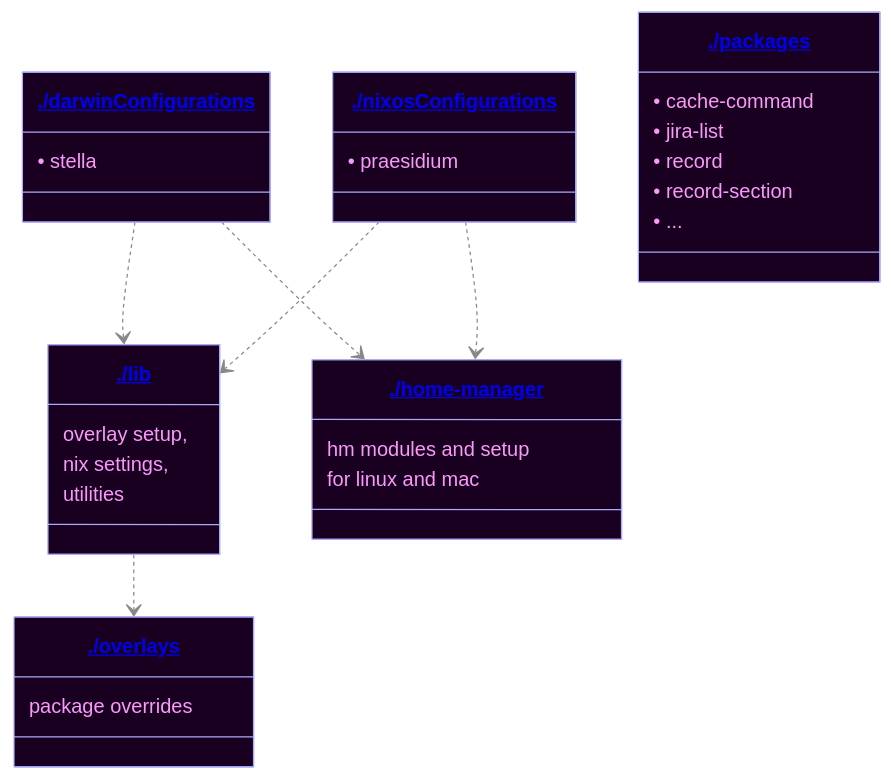
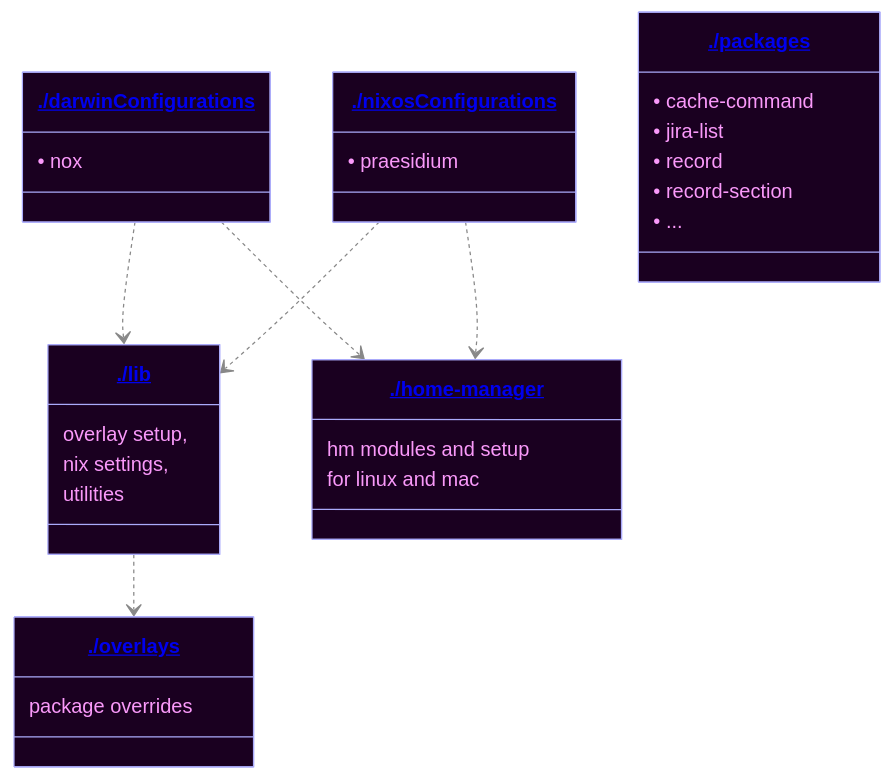
Before and after one commit to xav-ie/dots: the diagram in README.md, drawn with Mermaid. The commit also changed 5 other files, not shown here.

````diff
--- a/README.md
+++ b/README.md
@@ -10,40 +10,40 @@
 ```mermaid
 ---
 config:
   theme: base
   themeVariables:
     primaryColor: "#1a0020"
     primaryTextColor: "#fa99fa"
     primaryBorderColor: "#aaaafa"
     lineColor: "#888"
     fontFamily: "monospace"
 ---
 classDiagram
     %% Unfortunately, we cannot use relative links and must specify a branch :/
     class lib["<a href='https://github.com/xav-ie/dots/tree/main/lib'>./lib</a>"]
     class darwinConfigurations["<a href='https://github.com/xav-ie/dots/tree/main/darwinConfigurations'>./darwinConfigurations</a>"]
     class home-manager["<a href='https://github.com/xav-ie/dots/tree/main/home-manager'>./home-manager</a>"]
     class nixosConfigurations["<a href='https://github.com/xav-ie/dots/tree/main/nixosConfigurations'>./nixosConfigurations</a>"]
     class overlays["<a href='https://github.com/xav-ie/dots/tree/main/overlays'>./overlays</a>"]
     class packages["<a href='https://github.com/xav-ie/dots/tree/main/packages'>./packages</a>"]
 
     lib: overlay setup,
     lib:  nix settings,
     lib:  utilities
-    darwinConfigurations: • stella
+    darwinConfigurations: • nox
     home-manager: hm modules and setup
     home-manager: for linux and mac
     nixosConfigurations: • praesidium
     overlays: package overrides
     packages: • cache-command
     packages: • jira-list
     packages: • record
     packages: • record-section
     packages: • ...
 
     lib ..> overlays
     darwinConfigurations ..> lib
     darwinConfigurations ..> home-manager
     nixosConfigurations ..> lib
     nixosConfigurations ..> home-manager
 ```
````
